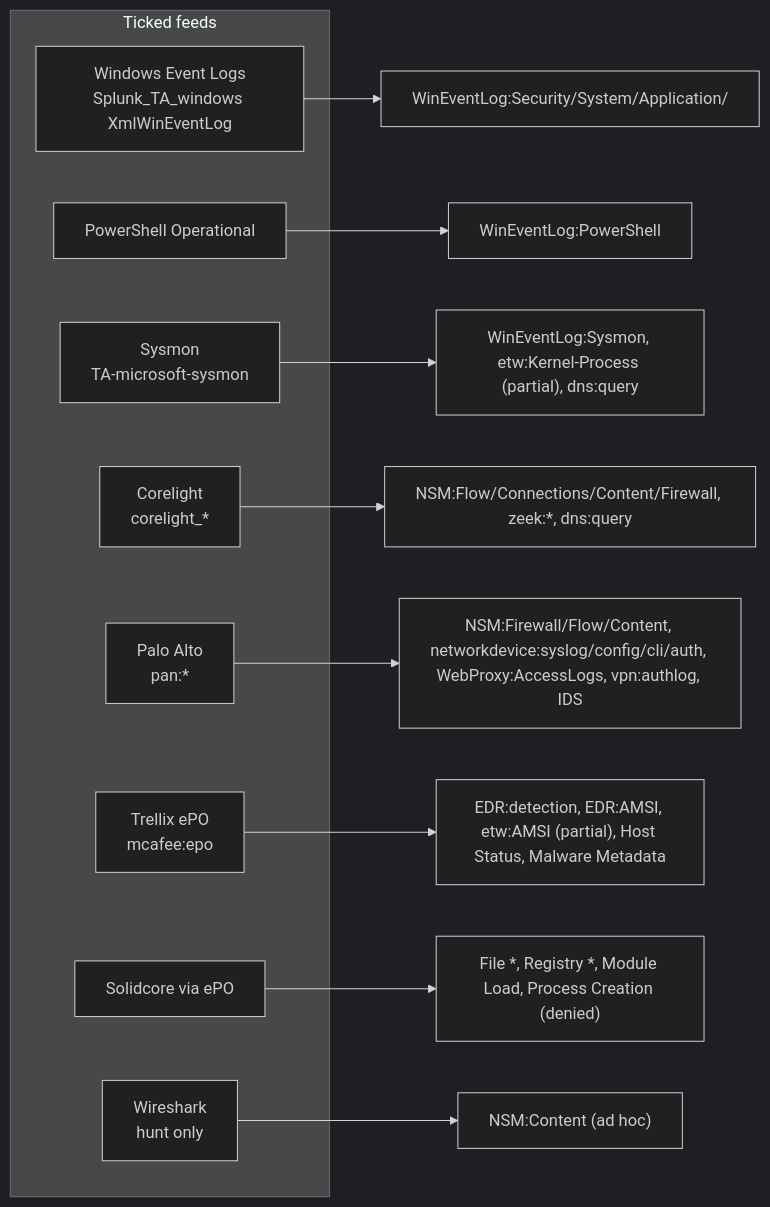
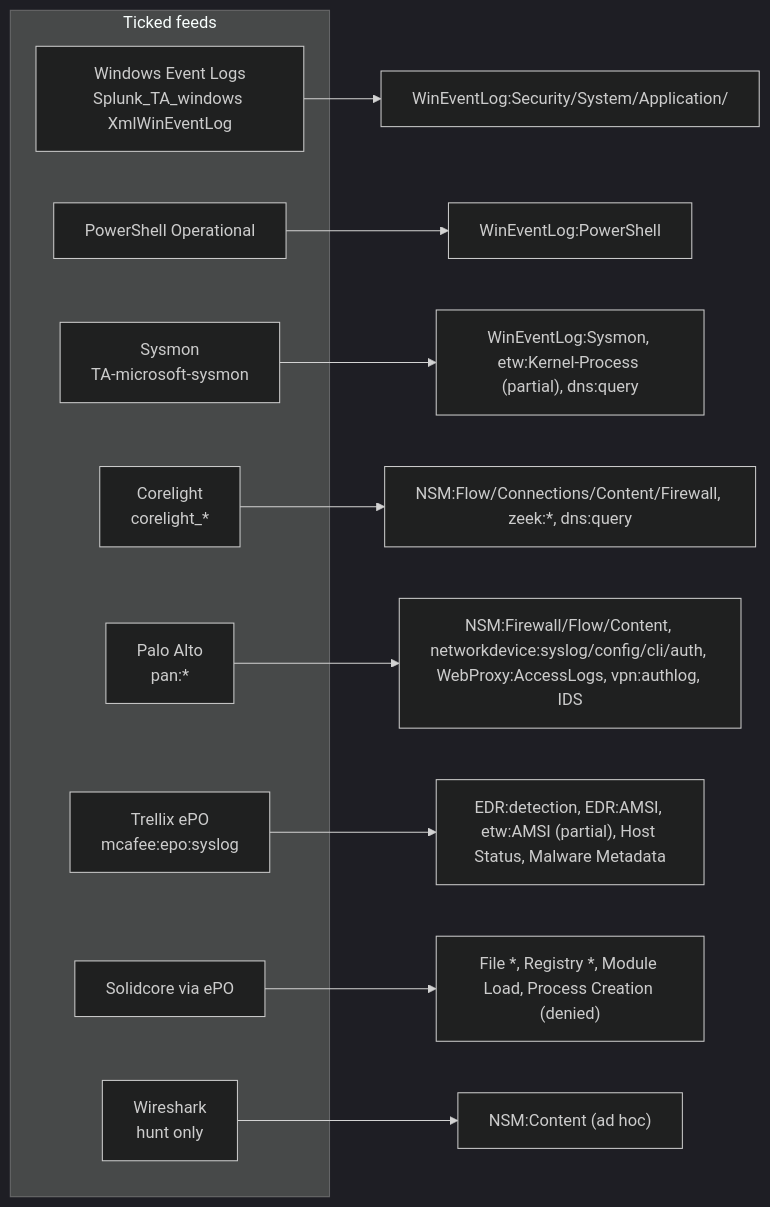
Before and after one commit to dev-nobytes-io/mitre-defensive-mappings-spl: the diagram in docs/data-sources.md, drawn with Mermaid (dark theme). The commit also changed other lines of this file and 39 other files, not shown here.

First line of the commit message:
Use the documented ePO sourcetype mcafee:epo:syslog

````diff
--- a/docs/data-sources.md
+++ b/docs/data-sources.md
@@ -5,21 +5,21 @@
 ```mermaid
 flowchart LR
   subgraph have [Ticked feeds]
     WIN[Windows Event Logs<br/>Splunk_TA_windows XmlWinEventLog]
     PS[PowerShell Operational]
     SYS[Sysmon<br/>TA-microsoft-sysmon]
     CL[Corelight<br/>corelight_*]
     PAN[Palo Alto<br/>pan:*]
-    EPO[Trellix ePO<br/>mcafee:epo]
+    EPO[Trellix ePO<br/>mcafee:epo:syslog]
     SC[Solidcore via ePO]
     WS[Wireshark<br/>hunt only]
   end
   WIN --> A1["WinEventLog:Security/System/Application/<channel>"]
   PS --> A2["WinEventLog:PowerShell"]
   SYS --> A3["WinEventLog:Sysmon, etw:Kernel-Process (partial), dns:query"]
   CL --> A4["NSM:Flow/Connections/Content/Firewall, zeek:*, dns:query"]
   PAN --> A5["NSM:Firewall/Flow/Content, networkdevice:syslog/config/cli/auth, WebProxy:AccessLogs, vpn:authlog, IDS"]
   EPO --> A6["EDR:detection, EDR:AMSI, etw:AMSI (partial), Host Status, Malware Metadata"]
   SC --> A7["File *, Registry *, Module Load, Process Creation (denied)"]
   WS --> A8["NSM:Content (ad hoc)"]
 ```
````
